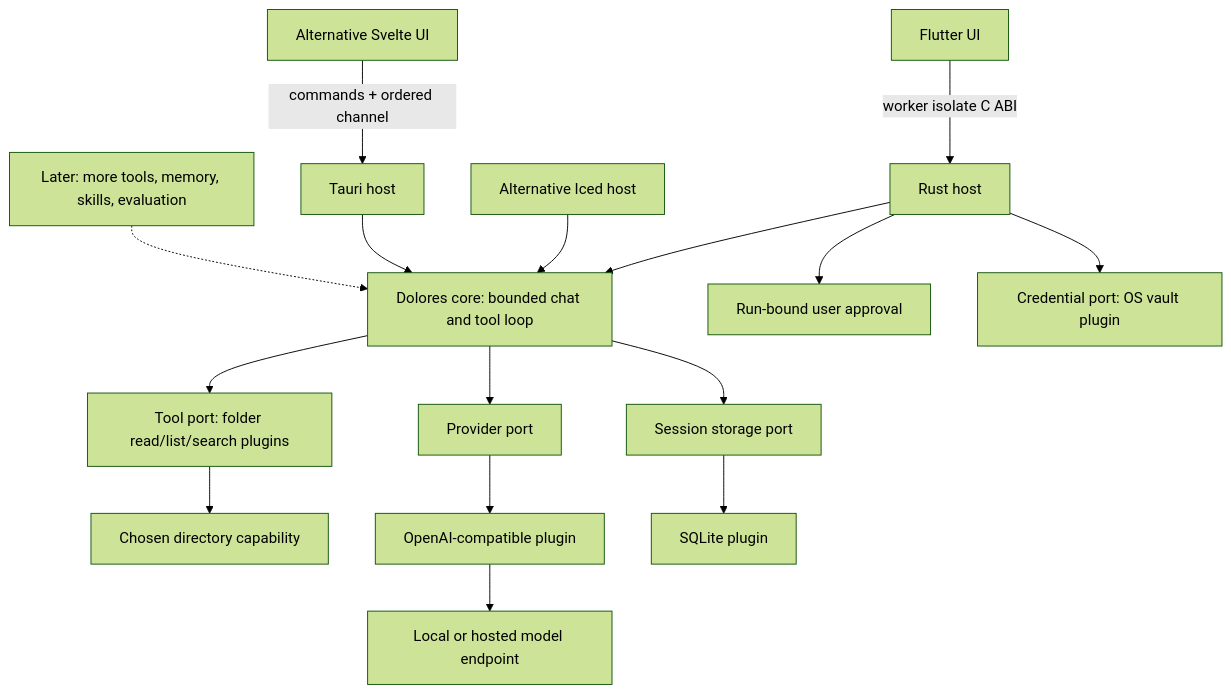
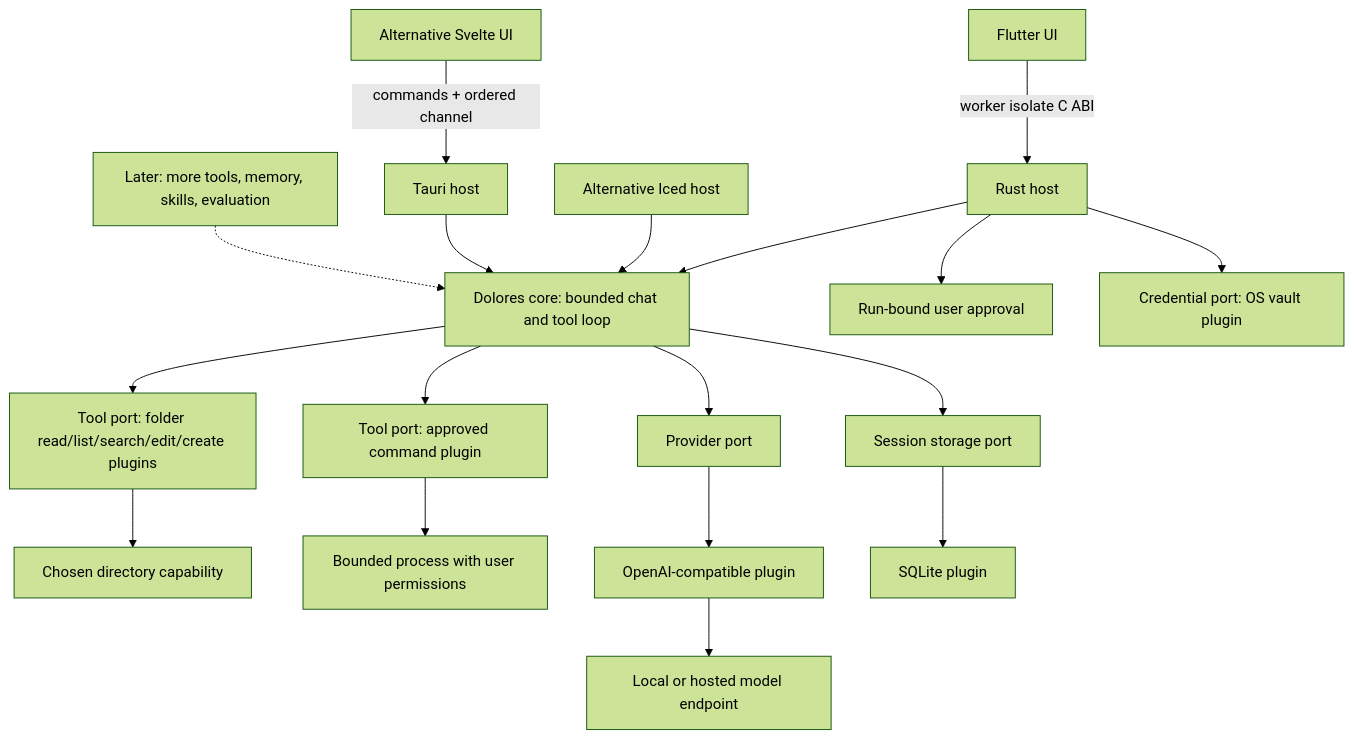
One commit to J-ZhengLi/Dolores changed the diagram in docs/ARCHITECTURE.md. Above: the diagram before and after it, drawn with Mermaid (forest theme). The commit also changed other lines of this file and 29 other files, not shown here.

````diff
--- a/docs/ARCHITECTURE.md
+++ b/docs/ARCHITECTURE.md
@@ -28,18 +31,20 @@
 ```mermaid
 flowchart TB
   Flutter[Flutter UI] -->|worker isolate C ABI| Bridge[Rust host]
   Bridge --> Core[Dolores core: bounded chat and tool loop]
   Bridge --> Approval[Run-bound user approval]
-  Core --> Tools[Tool port: folder read/list/search plugins]
+  Core --> Tools[Tool port: folder read/list/search/edit/create plugins]
   Tools --> Folder[Chosen directory capability]
+  Core --> Command[Tool port: approved command plugin]
+  Command --> Process[Bounded process with user permissions]
   Bridge --> Credentials[Credential port: OS vault plugin]
   Native[Alternative Iced host] --> Core
   UI[Alternative Svelte UI] -->|commands + ordered channel| Host[Tauri host]
   Host --> Core
   Core --> Provider[Provider port]
   Core --> Store[Session storage port]
   Provider --> Compatible[OpenAI-compatible plugin]
   Store --> SQLite[SQLite plugin]
   Compatible --> Model[Local or hosted model endpoint]
   Future[Later: more tools, memory, skills, evaluation] -.-> Core
 ```
````
